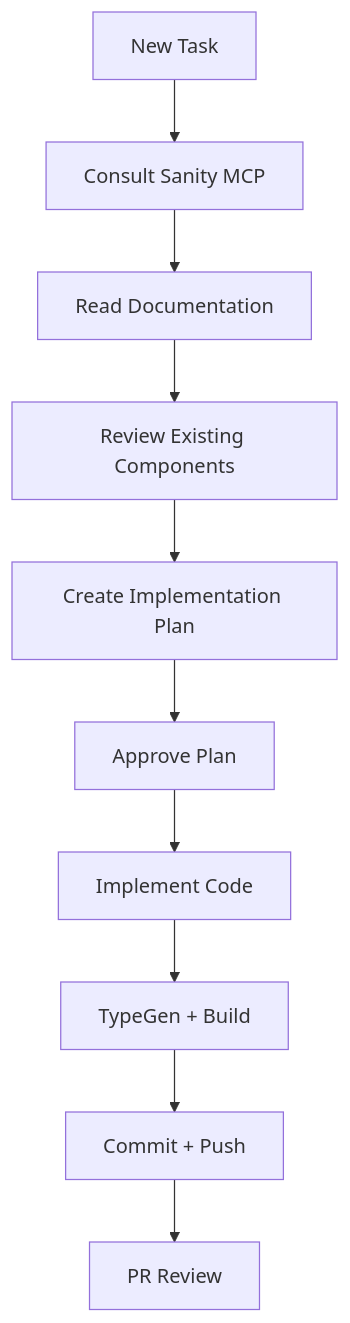
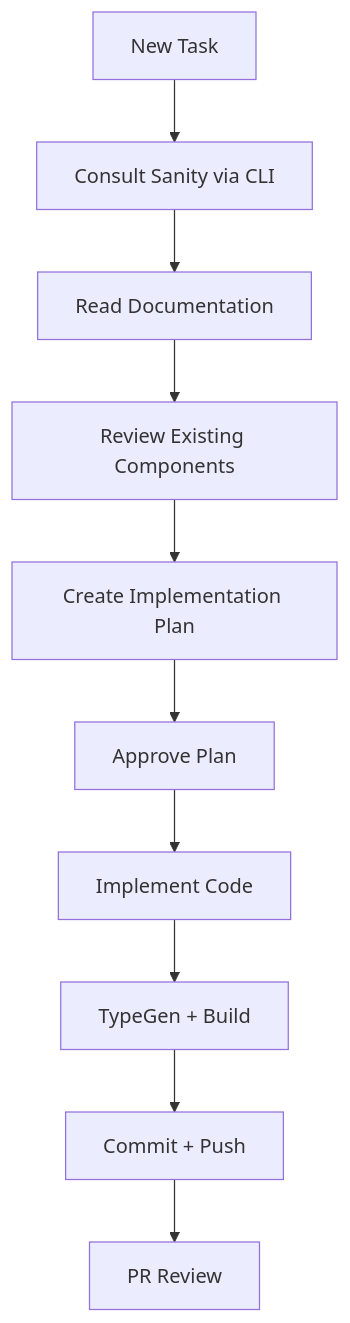
The diagram in .claude/CLAUDE.md (AWS-Educate/template-nextjs-sanity-tailwind-amplify), drawn with Mermaid before and after one commit. The commit also changed other lines of this file and 1 other file, not shown here.

First line of the commit message:
docs(plan): plan de gobernanza y re-ingeniería IA con placeholders del template + directiva Sanity CLI

````diff
--- a/.claude/CLAUDE.md
+++ b/.claude/CLAUDE.md
@@ -224,12 +228,12 @@
 ```mermaid
 graph TD
-    A[New Task] --> B[Consult Sanity MCP]
+    A[New Task] --> B[Consult Sanity via CLI]
     B --> C[Read Documentation]
     C --> D[Review Existing Components]
     D --> E[Create Implementation Plan]
     E --> F[Approve Plan]
     F --> G[Implement Code]
     G --> H[TypeGen + Build]
     H --> I[Commit + Push]
     I --> J[PR Review]
 ```
````
